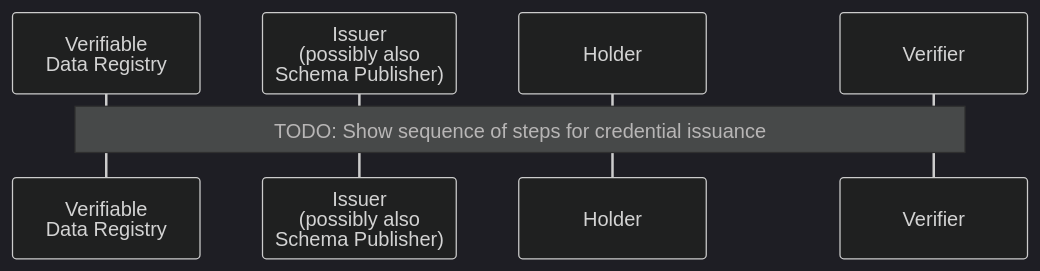
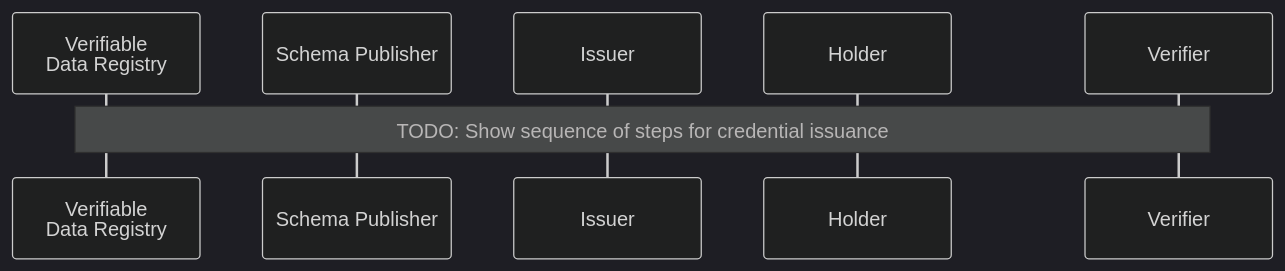
One commit to hyperledger/anoncreds-spec changed the diagram in spec/data_flow_issuance.md. Above: the diagram before and after it, drawn with Mermaid (dark theme). The commit also changed 2 other files, not shown here.

Commit message:
Added Schema Publisher again. Added note for verifier not used in diagram

````diff
--- a/spec/data_flow_issuance.md
+++ b/spec/data_flow_issuance.md
@@ -3,10 +3,11 @@
 ```mermaid
 sequenceDiagram
     autonumber
     participant L as Verifiable<br>Data Registry
-    participant I as Issuer<br>(possibly also<br>Schema Publisher)
+    participant SP as Schema Publisher
+    participant I as Issuer
     participant H as Holder   
     participant V as Verifier 
 
     Note over L, V: TODO: Show sequence of steps for credential issuance
 ```
````
